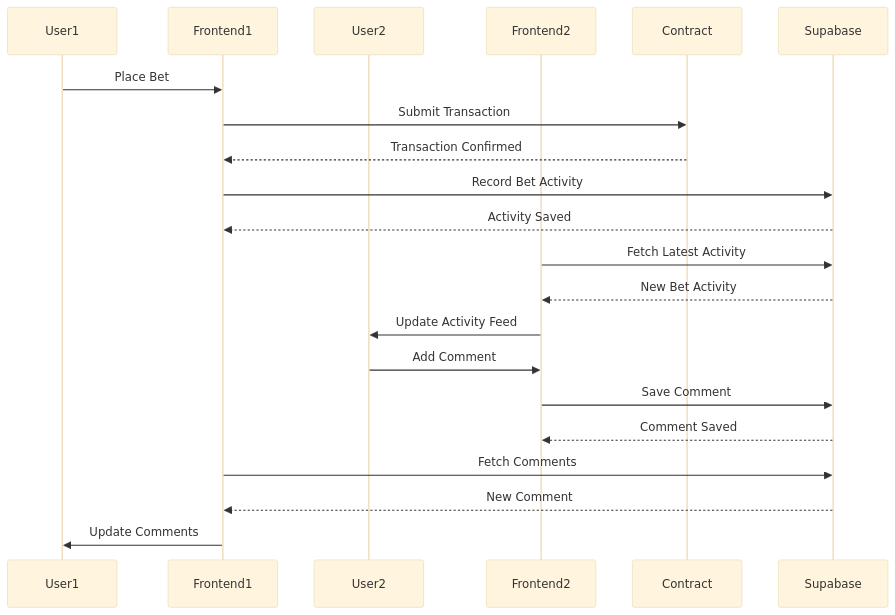
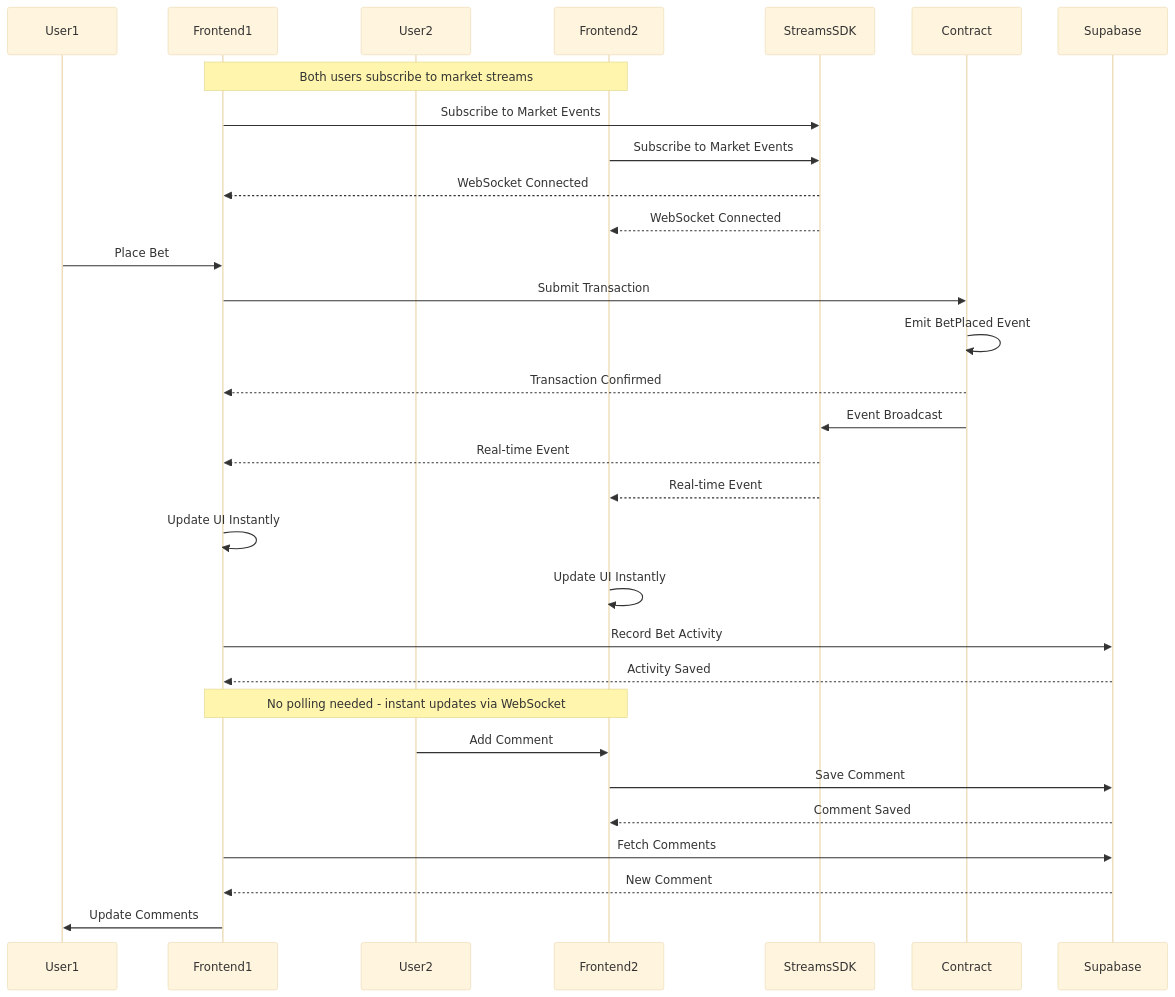
The ninth of 12 diagrams in diagrams.md (enliven17/somnia-predict), drawn with Mermaid (base theme) before and after one commit. The commit also changed other lines of this file and 13 other files, not shown here.

````diff
--- a/diagrams.md
+++ b/diagrams.md
@@ -236,28 +295,41 @@
 ```mermaid
 sequenceDiagram
     participant User1
     participant Frontend1
     participant User2
     participant Frontend2
+    participant StreamsSDK
     participant Contract
     participant Supabase
     
+    Note over Frontend1,Frontend2: Both users subscribe to market streams
+    Frontend1->>StreamsSDK: Subscribe to Market Events
+    Frontend2->>StreamsSDK: Subscribe to Market Events
+    StreamsSDK-->>Frontend1: WebSocket Connected
+    StreamsSDK-->>Frontend2: WebSocket Connected
+    
     User1->>Frontend1: Place Bet
     Frontend1->>Contract: Submit Transaction
+    Contract->>Contract: Emit BetPlaced Event
     Contract-->>Frontend1: Transaction Confirmed
+    
+    Contract->>StreamsSDK: Event Broadcast
+    StreamsSDK-->>Frontend1: Real-time Event
+    StreamsSDK-->>Frontend2: Real-time Event
+    
+    Frontend1->>Frontend1: Update UI Instantly
+    Frontend2->>Frontend2: Update UI Instantly
     
     Frontend1->>Supabase: Record Bet Activity
     Supabase-->>Frontend1: Activity Saved
     
-    Frontend2->>Supabase: Fetch Latest Activity
-    Supabase-->>Frontend2: New Bet Activity
-    Frontend2->>User2: Update Activity Feed
+    Note over Frontend1,Frontend2: No polling needed - instant updates via WebSocket
     
     User2->>Frontend2: Add Comment
     Frontend2->>Supabase: Save Comment
     Supabase-->>Frontend2: Comment Saved
     
     Frontend1->>Supabase: Fetch Comments
     Supabase-->>Frontend1: New Comment
     Frontend1->>User1: Update Comments
 ```
````
